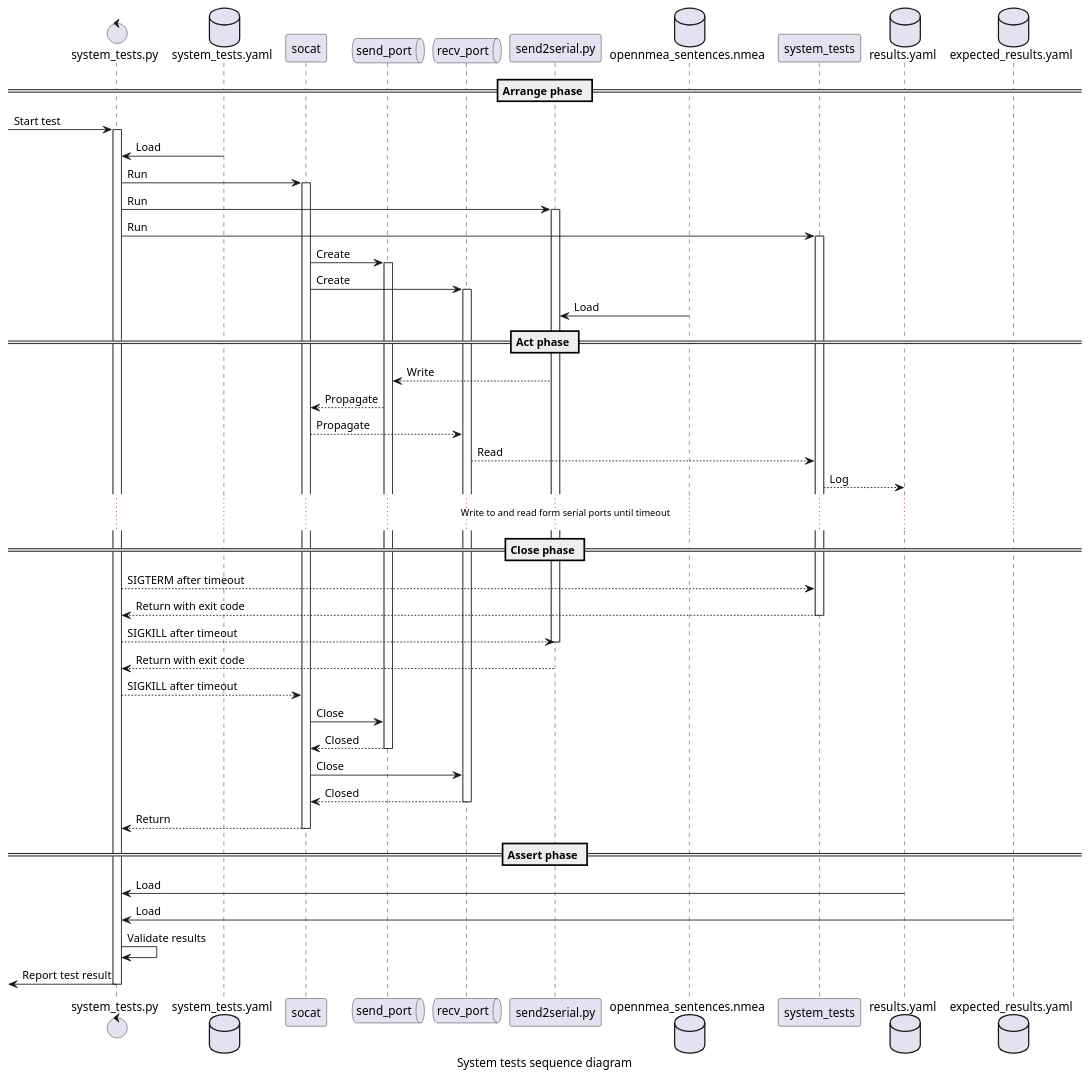
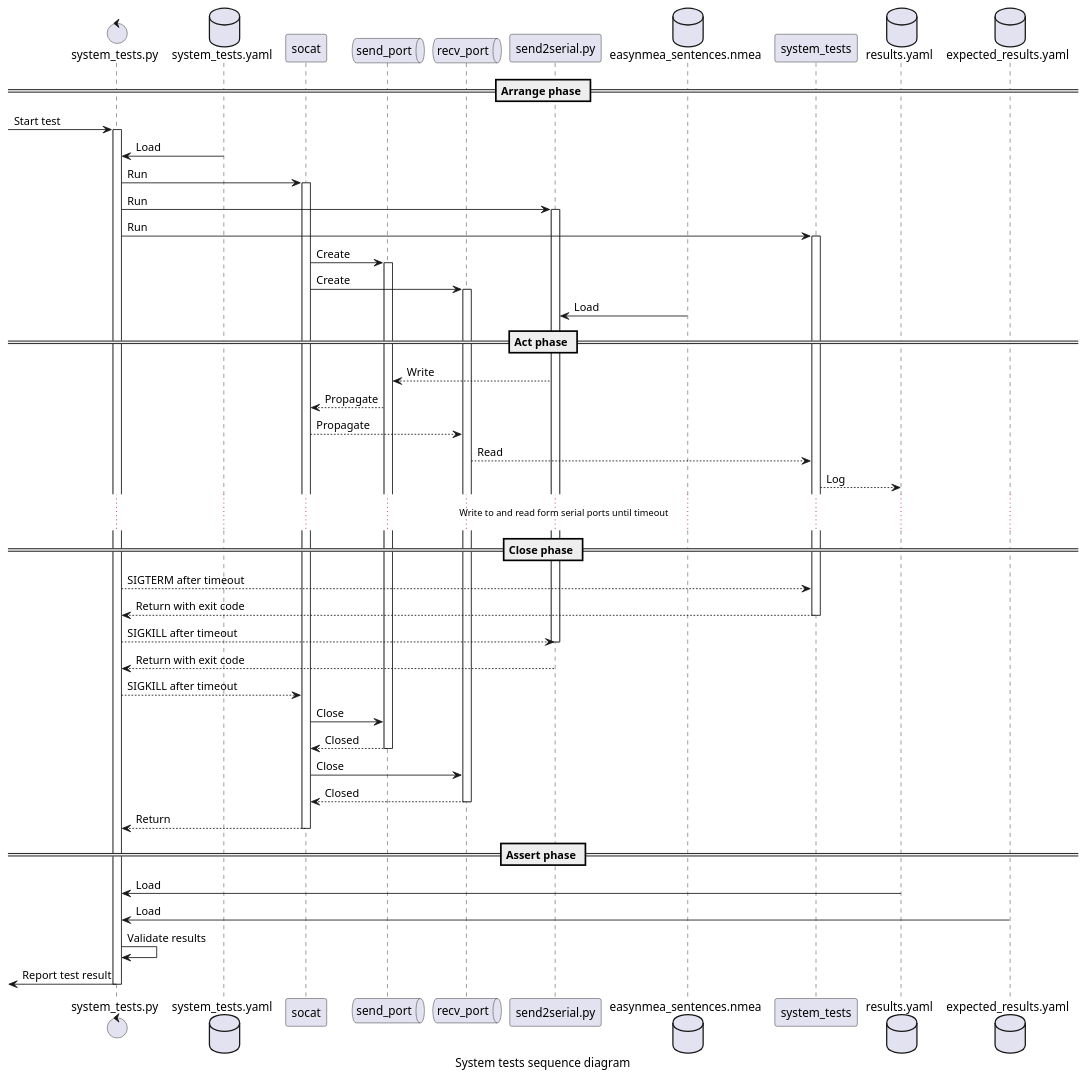
The diagram in docs/uml/system_tests_arch_sequence.puml (EduPonz/easynmea), drawn with PlantUML before and after one commit. The commit also changed 80 other files, not shown here.

```diff
--- a/docs/uml/system_tests_arch_sequence.puml
+++ b/docs/uml/system_tests_arch_sequence.puml
@@ -1,64 +1,64 @@
 @startuml
 
 caption System tests sequence diagram
 
 control system_tests.py
 database system_tests.yaml
 participant socat
 queue send_port
 queue recv_port
 participant send2serial.py
-database opennmea_sentences.nmea
+database easynmea_sentences.nmea
 participant system_tests
 database results.yaml
 database expected_results.yaml
 
 == Arrange phase ==
 [-> system_tests.py: Start test
 activate system_tests.py
 system_tests.py <- system_tests.yaml: Load
 system_tests.py -> socat: Run
 activate socat
 system_tests.py -> send2serial.py: Run
 activate send2serial.py
 system_tests.py -> system_tests: Run
 activate system_tests
 socat -> send_port: Create
 activate send_port
 socat -> recv_port: Create
 activate recv_port
-send2serial.py <- opennmea_sentences.nmea: Load
+send2serial.py <- easynmea_sentences.nmea: Load
 
 == Act phase ==
 send2serial.py --> send_port: Write
 send_port --> socat: Propagate
 socat --> recv_port: Propagate
 system_tests <-- recv_port: Read
 system_tests --> results.yaml: Log
 ... Write to and read form serial ports until timeout ...
 
 == Close phase ==
 system_tests.py --> system_tests: SIGTERM after timeout
 system_tests --> system_tests.py: Return with exit code
 deactivate system_tests
 system_tests.py --> send2serial.py: SIGKILL after timeout
 deactivate send2serial.py
 send2serial.py --> system_tests.py: Return with exit code
 system_tests.py --> socat: SIGKILL after timeout
 socat -> send_port: Close
 socat <-- send_port: Closed
 deactivate send_port
 socat -> recv_port: Close
 socat <-- recv_port: Closed
 deactivate recv_port
 socat --> system_tests.py: Return
 deactivate socat
 
 == Assert phase ==
 system_tests.py <- results.yaml: Load
 system_tests.py <- expected_results.yaml: Load
 system_tests.py -> system_tests.py: Validate results
 [<- system_tests.py: Report test result
 deactivate system_tests.py
 
 @enduml
```
